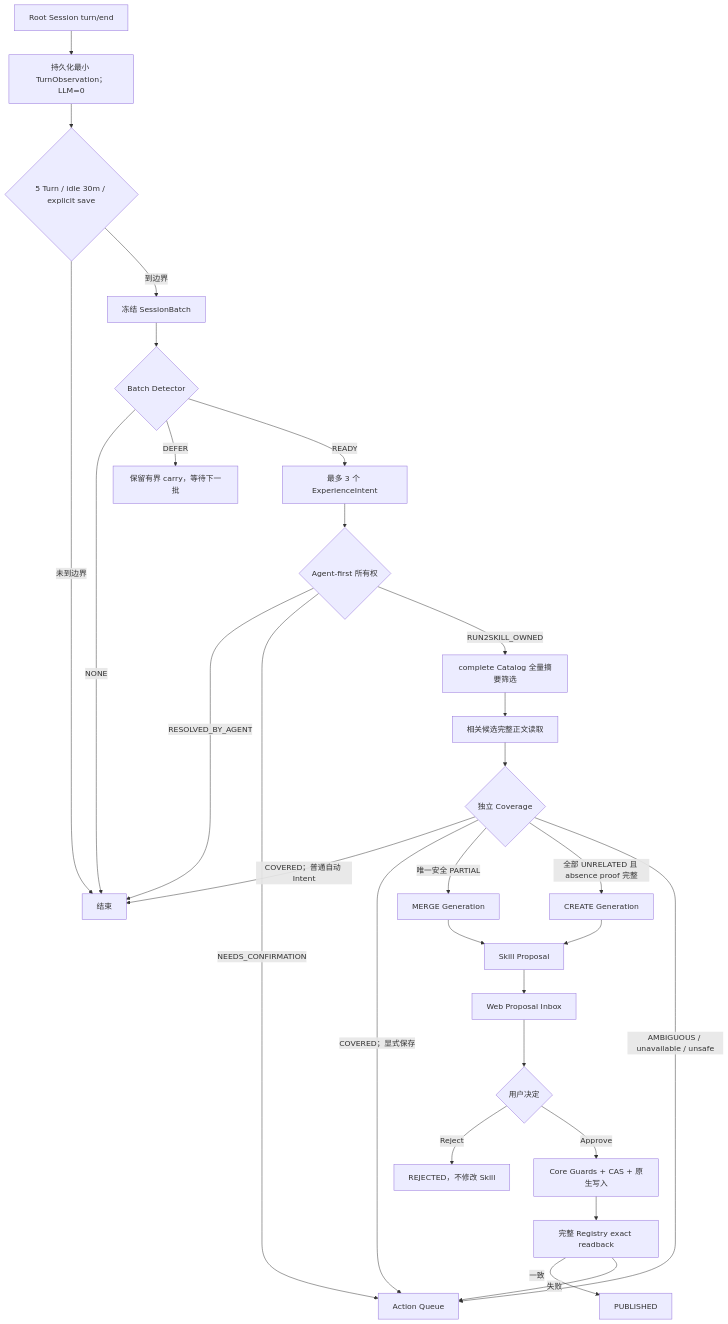
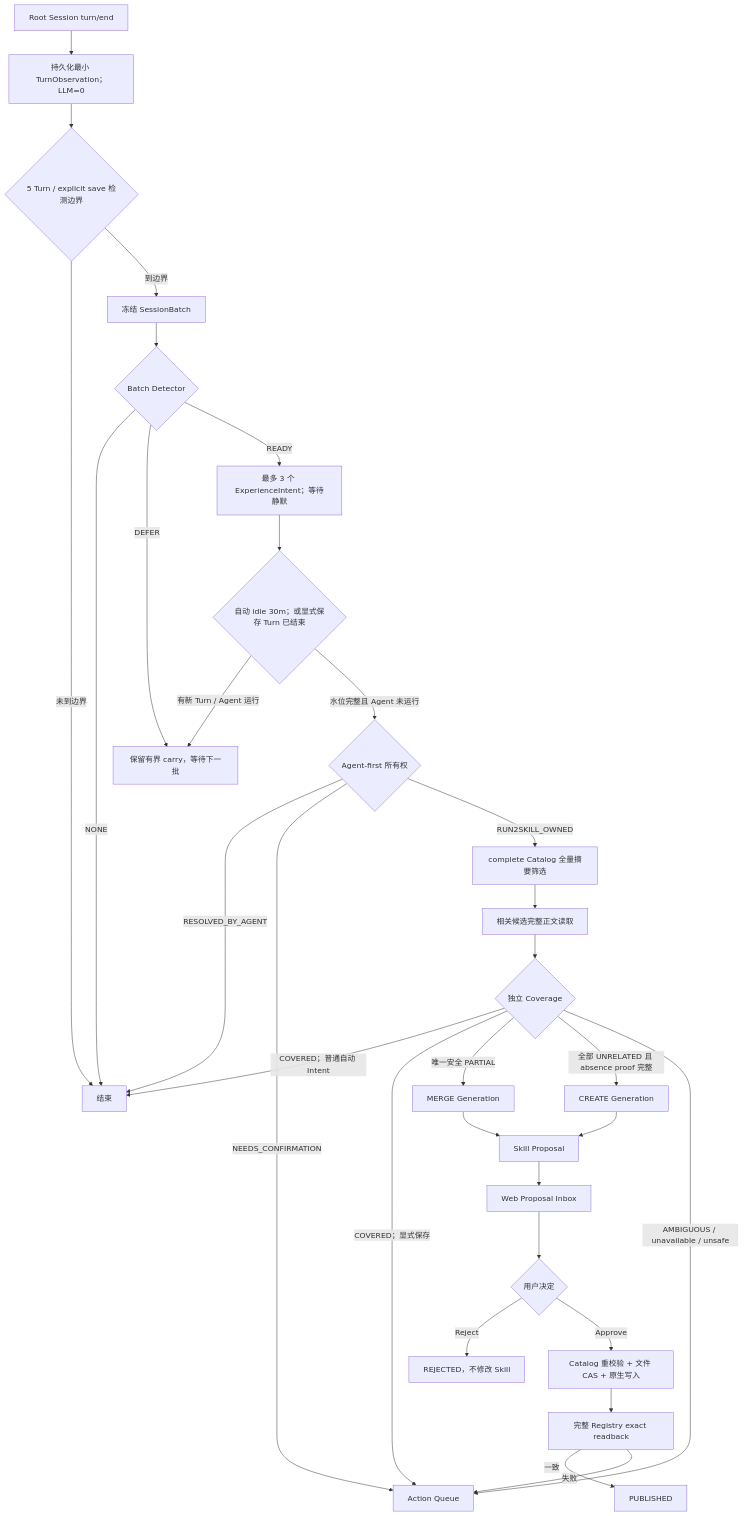
One commit to qkycir-123/dsh-run2skill changed the diagram in docs/product/prd.md. Above: the diagram before and after it, drawn with Mermaid. The commit also changed other lines of this file and 13 other files, not shown here.

````diff
--- a/docs/product/prd.md
+++ b/docs/product/prd.md
@@ -261,31 +261,33 @@
 ```mermaid
 flowchart TD
     A["Root Session turn/end"] --> B["持久化最小 TurnObservation；LLM=0"]
-    B --> C{"5 Turn / idle 30m / explicit save"}
+    B --> C{"5 Turn / explicit save 检测边界"}
     C -->|未到边界| Z["结束"]
     C -->|到边界| D["冻结 SessionBatch"]
     D --> E{"Batch Detector"}
     E -->|NONE| Z
     E -->|DEFER| F["保留有界 carry，等待下一批"]
-    E -->|READY| G["最多 3 个 ExperienceIntent"]
-    G --> H{"Agent-first 所有权"}
+    E -->|READY| G["最多 3 个 ExperienceIntent；等待静默"]
+    G --> W{"自动 idle 30m；或显式保存 Turn 已结束"}
+    W -->|有新 Turn / Agent 运行| F
+    W -->|水位完整且 Agent 未运行| H{"Agent-first 所有权"}
     H -->|RESOLVED_BY_AGENT| Z
     H -->|NEEDS_CONFIRMATION| N["Action Queue"]
     H -->|RUN2SKILL_OWNED| I["complete Catalog 全量摘要筛选"]
     I --> J["相关候选完整正文读取"]
     J --> K{"独立 Coverage"}
     K -->|COVERED；普通自动 Intent| Z
     K -->|COVERED；显式保存| N
     K -->|唯一安全 PARTIAL| M["MERGE Generation"]
     K -->|全部 UNRELATED 且 absence proof 完整| L["CREATE Generation"]
     K -->|AMBIGUOUS / unavailable / unsafe| N
     L --> P["Skill Proposal"]
     M --> P
     P --> Q["Web Proposal Inbox"]
     Q --> R{"用户决定"}
     R -->|Reject| S["REJECTED，不修改 Skill"]
-    R -->|Approve| T["Core Guards + CAS + 原生写入"]
+    R -->|Approve| T["Catalog 重校验 + 文件 CAS + 原生写入"]
     T --> U["完整 Registry exact readback"]
     U -->|一致| V["PUBLISHED"]
     U -->|失败| N
 ```
````
